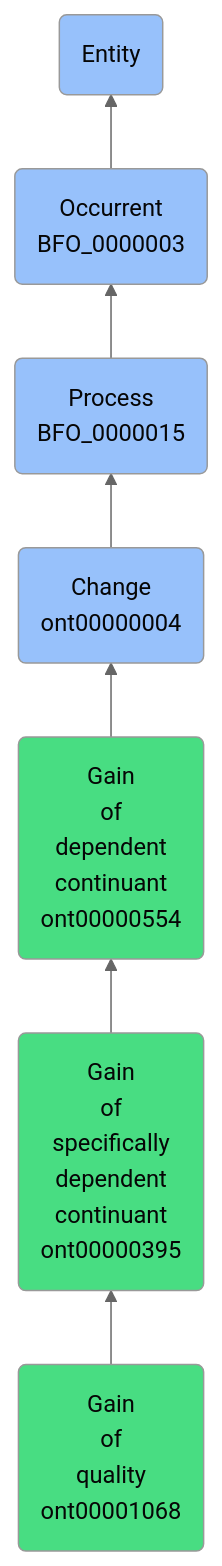
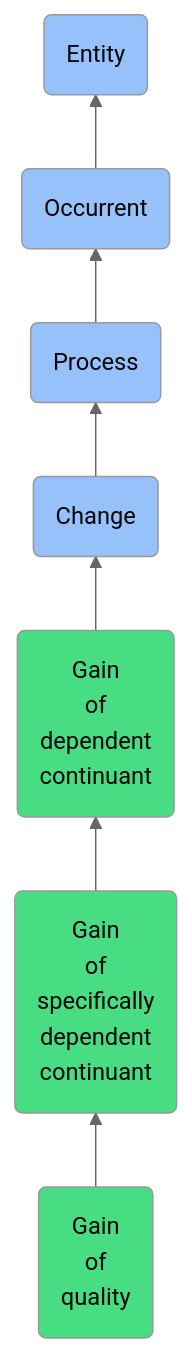
One commit to jupyter-naas/abi changed the diagram in docs/ontology/reference/model/Entity/Occurrent/Process/Change/Gain of dependent continuant/Gain of specifically dependent continuant/Gain of quality/Gain of quality.md. Above: the diagram before and after it, drawn with Mermaid (neutral theme). The commit also changed other lines of this file and 1430 other files, not shown here.

````diff
--- a/docs/ontology/reference/model/Entity/Occurrent/Process/Change/Gain of dependent continuant/Gain of specifically dependent continuant/Gain of quality/Gain of quality.md
+++ b/docs/ontology/reference/model/Entity/Occurrent/Process/Change/Gain of dependent continuant/Gain of specifically dependent continuant/Gain of quality/Gain of quality.md
@@ -24,14 +24,14 @@
 ```mermaid
 graph BT
-    ont00001068(Gain<br>of<br>quality<br>ont00001068):::ABI-->ont00000395
-    ont00000395(Gain<br>of<br>specifically<br>dependent<br>continuant<br>ont00000395):::ABI-->ont00000554
-    ont00000554(Gain<br>of<br>dependent<br>continuant<br>ont00000554):::ABI-->ont00000004
-    ont00000004(Change<br>ont00000004):::BFO-->BFO_0000015
-    BFO_0000015(Process<br>BFO_0000015):::BFO-->BFO_0000003
-    BFO_0000003(Occurrent<br>BFO_0000003):::BFO-->BFO_0000001
+    ont00001068(Gain<br>of<br>quality):::ABI-->ont00000395
+    ont00000395(Gain<br>of<br>specifically<br>dependent<br>continuant):::ABI-->ont00000554
+    ont00000554(Gain<br>of<br>dependent<br>continuant):::ABI-->ont00000004
+    ont00000004(Change):::BFO-->BFO_0000015
+    BFO_0000015(Process):::BFO-->BFO_0000003
+    BFO_0000003(Occurrent):::BFO-->BFO_0000001
     BFO_0000001(Entity):::BFO
     
     classDef BFO fill:#97c1fb,color:#060606
     classDef CCO fill:#e4c51e,color:#060606
     classDef ABI fill:#48DD82,color:#060606
 ```
````
